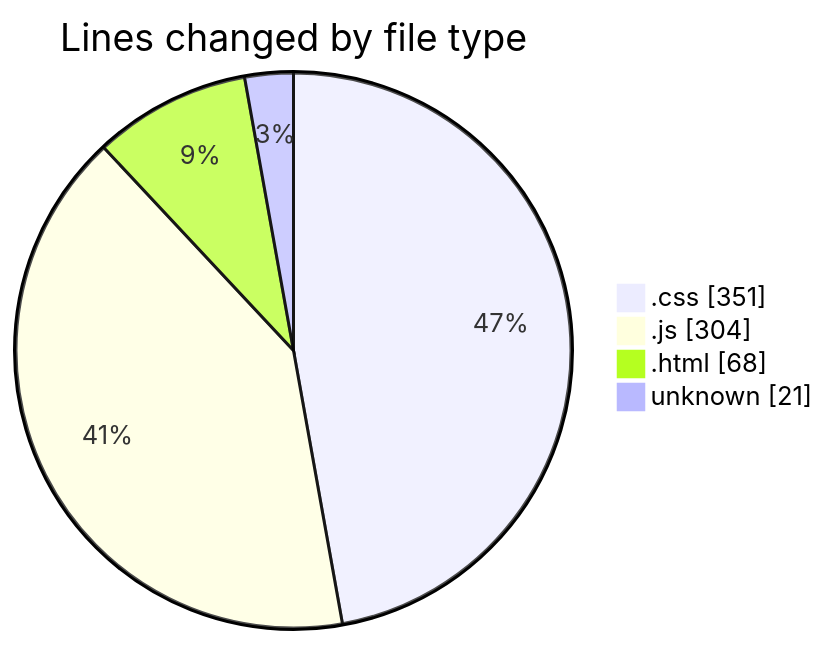
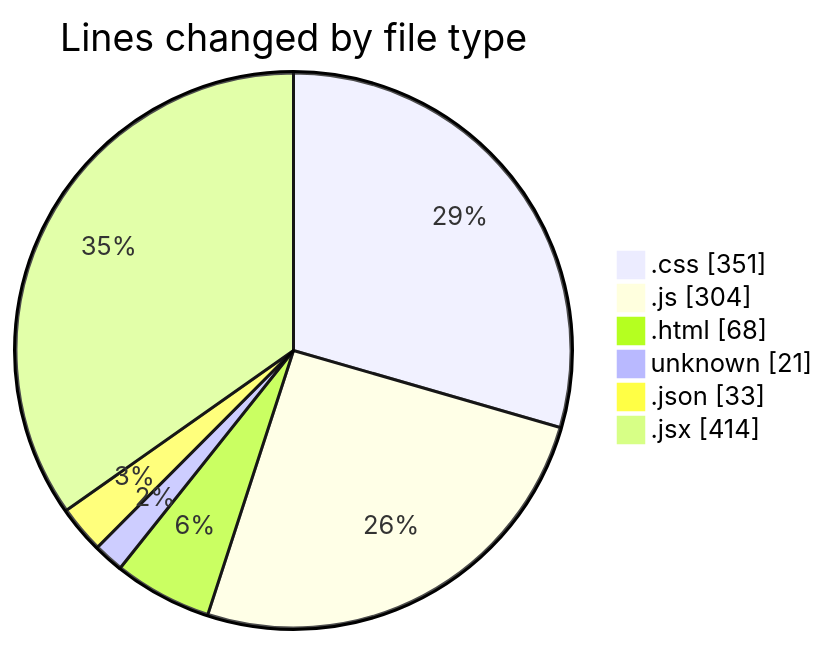
Before and after one commit to Ritupan-Deka/code-tracking: the first of 2 diagrams in 2025-06-01/projects/README.md, drawn with Mermaid. The commit also changed other lines of this file and 1 other file, not shown here.

````diff
--- a/2025-06-01/projects/README.md
+++ b/2025-06-01/projects/README.md
@@ -26,8 +29,10 @@
 ```mermaid
 pie showData
 title Lines changed by file type
 ".css" : 351
 ".js" : 304
 ".html" : 68
 "unknown" : 21
+".json" : 33
+".jsx" : 414
 ```
````
